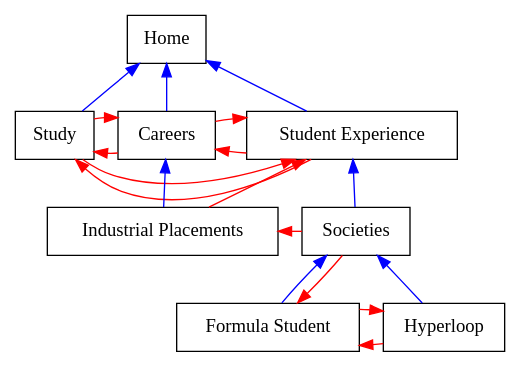
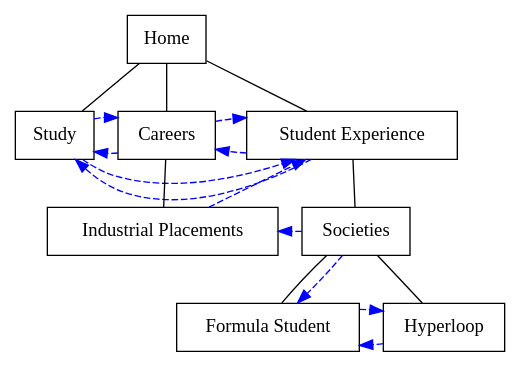
The diagram in output/links.gv (timdrysdale/link-mapper), drawn with Graphviz before and after one commit. The commit also changed 5 other files, not shown here.

```diff
--- a/output/links.gv
+++ b/output/links.gv
@@ -1,30 +1,30 @@
 // link map
 digraph links {
 	graph [rankdir=BT]
 	home [label=Home shape=box]
 	study [label=Study shape=box]
 	careers [label=Careers shape=box]
 	student_experience [label="Student Experience" shape=box]
 	placements [label="Industrial Placements" shape=box]
 	societies [label=Societies shape=box]
 	formula_student [label="Formula Student" shape=box]
 	hyperloop [label=Hyperloop shape=box]
-	study -> home [color=blue]
-	careers -> home [color=blue]
-	student_experience -> home [color=blue]
-	placements -> careers [color=blue]
-	societies -> student_experience [color=blue]
-	formula_student -> societies [color=blue]
-	hyperloop -> societies [color=blue]
-	study -> careers [color=red constraint=false]
-	study -> student_experience [color=red constraint=false]
-	careers -> study [color=red constraint=false]
-	careers -> student_experience [color=red constraint=false]
-	student_experience -> careers [color=red constraint=false]
-	student_experience -> study [color=red constraint=false]
-	placements -> student_experience [color=red constraint=false]
-	societies -> placements [color=red constraint=false]
-	societies -> formula_student [color=red constraint=false]
-	formula_student -> hyperloop [color=red constraint=false]
-	hyperloop -> formula_student [color=red constraint=false]
+	study -> home [arrowhead=none color=black]
+	careers -> home [arrowhead=none color=black]
+	student_experience -> home [arrowhead=none color=black]
+	placements -> careers [arrowhead=none color=black]
+	societies -> student_experience [arrowhead=none color=black]
+	formula_student -> societies [arrowhead=none color=black]
+	hyperloop -> societies [arrowhead=none color=black]
+	study -> careers [color=blue constraint=false style=dashed]
+	study -> student_experience [color=blue constraint=false style=dashed]
+	careers -> study [color=blue constraint=false style=dashed]
+	careers -> student_experience [color=blue constraint=false style=dashed]
+	student_experience -> careers [color=blue constraint=false style=dashed]
+	student_experience -> study [color=blue constraint=false style=dashed]
+	placements -> student_experience [color=blue constraint=false style=dashed]
+	societies -> placements [color=blue constraint=false style=dashed]
+	societies -> formula_student [color=blue constraint=false style=dashed]
+	formula_student -> hyperloop [color=blue constraint=false style=dashed]
+	hyperloop -> formula_student [color=blue constraint=false style=dashed]
 }
```
